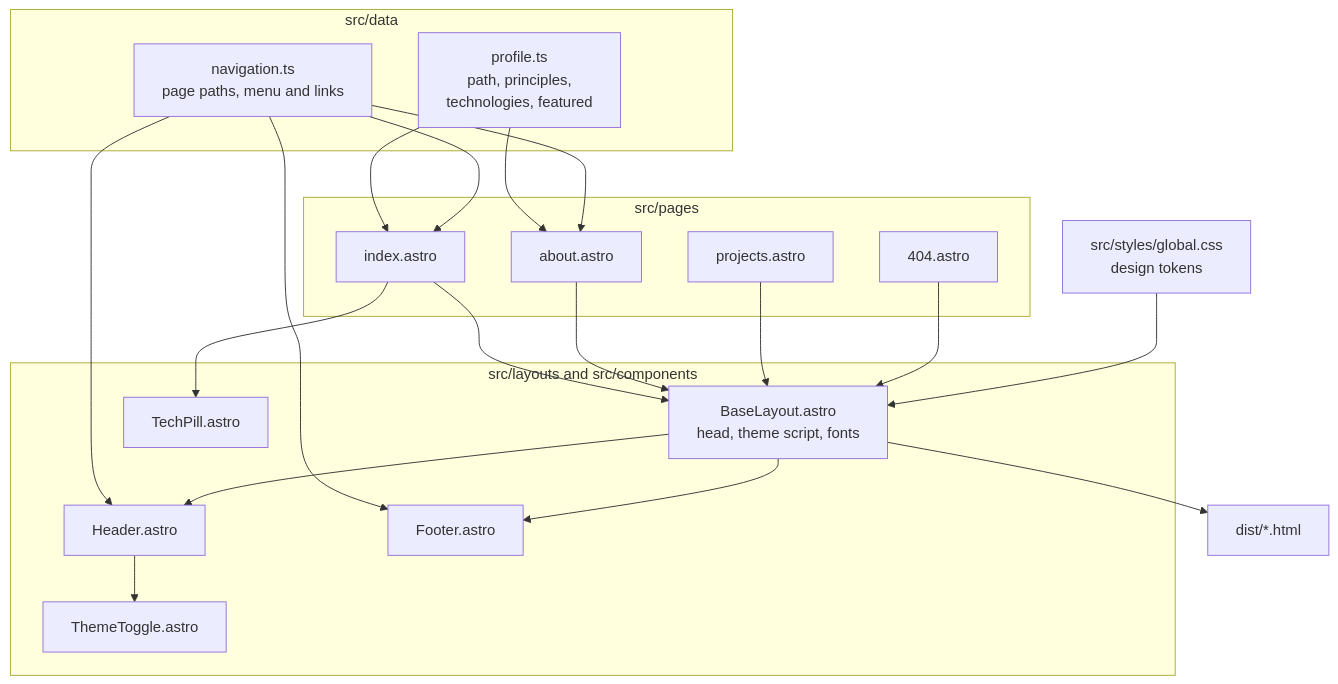
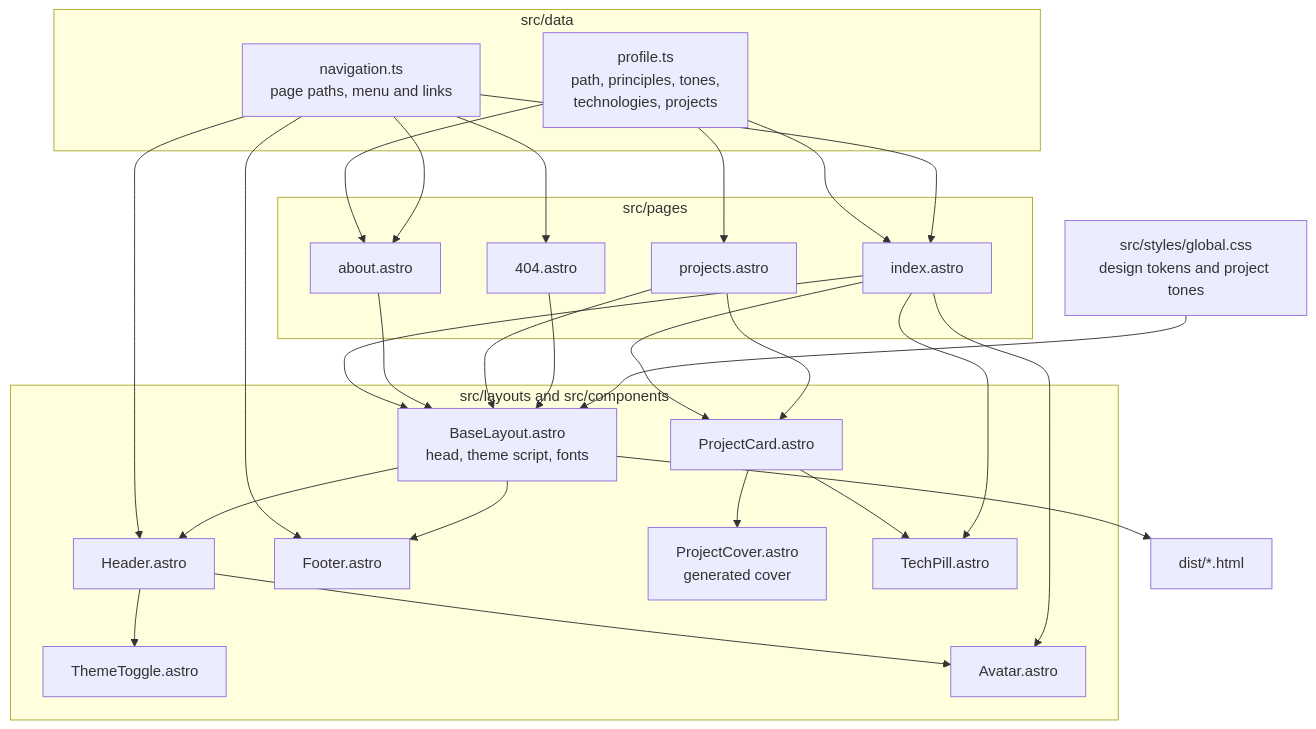
The second of 2 diagrams in docs/architecture.md (zxxdev/zxxdev.github.io), drawn with Mermaid before and after one commit. The commit also changed other lines of this file and 4 other files, not shown here.

Commit message:
docs: record the redesign in ADR 0003 and update README and architecture

````diff
--- a/docs/architecture.md
+++ b/docs/architecture.md
@@ -31,38 +31,49 @@
 ```mermaid
 flowchart TB
     subgraph data[src/data]
         N[navigation.ts<br/>page paths, menu and links]
-        P[profile.ts<br/>path, principles,<br/>technologies, featured]
+        P[profile.ts<br/>path, principles, tones,<br/>technologies, projects]
     end
     subgraph pages[src/pages]
         I[index.astro]
         AB[about.astro]
         PR[projects.astro]
         NF[404.astro]
     end
     subgraph shell[src/layouts and src/components]
         L[BaseLayout.astro<br/>head, theme script, fonts]
         H[Header.astro]
         F[Footer.astro]
         T[ThemeToggle.astro]
+        A[Avatar.astro]
+        PC[ProjectCard.astro]
+        CV[ProjectCover.astro<br/>generated cover]
         TP[TechPill.astro]
     end
-    S[src/styles/global.css<br/>design tokens]
+    S[src/styles/global.css<br/>design tokens and project tones]
 
     P --> I
     P --> AB
+    P --> PR
     N --> H
     N --> F
     N --> I
     N --> AB
+    N --> NF
     I --> L
     AB --> L
     PR --> L
     NF --> L
     L --> H
     L --> F
     H --> T
+    H --> A
+    I --> A
+    I --> PC
+    PR --> PC
+    PC --> CV
+    PC --> TP
     I --> TP
     S --> L
     L --> O[dist/*.html]
 ```
````
